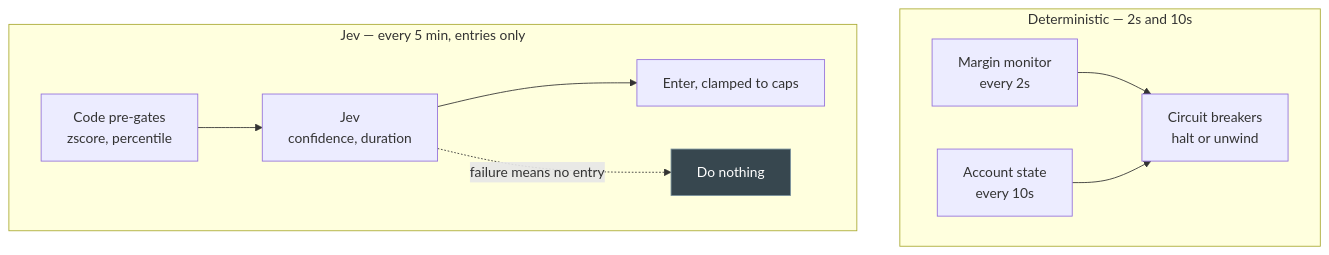
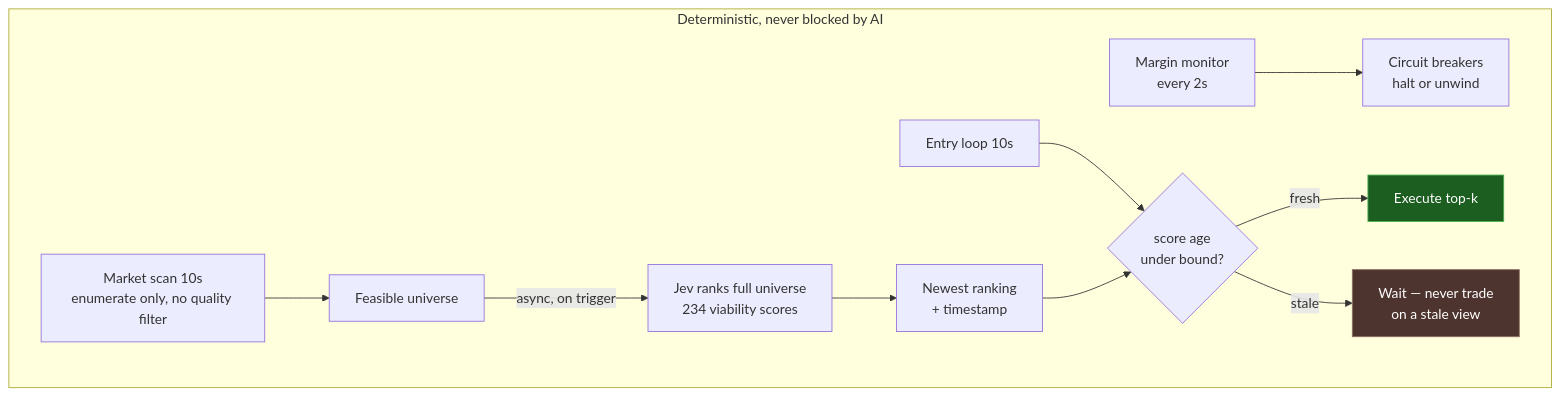
The third of 4 diagrams in conductor/tracks/active/003-funding-harvesting/spec.md (fsiddiqi/defi-jev), drawn with Mermaid before and after one commit. The commit also changed other lines of this file and 2 other files, not shown here.

````diff
--- a/conductor/tracks/active/003-funding-harvesting/spec.md
+++ b/conductor/tracks/active/003-funding-harvesting/spec.md
@@ -68,14 +80,16 @@
 ```mermaid
 flowchart TD
-  subgraph det["Deterministic — 2s and 10s"]
+  subgraph det["Deterministic, never blocked by AI"]
     M["Margin monitor<br/>every 2s"] --> B["Circuit breakers<br/>halt or unwind"]
-    A["Account state<br/>every 10s"] --> B
-  end
-  subgraph jev["Jev — every 5 min, entries only"]
-    G["Code pre-gates<br/>zscore, percentile"] --> J["Jev<br/>confidence, duration"]
-    J --> C["Enter, clamped to caps"]
-    J -.->|"failure means no entry"| N["Do nothing"]:::neutral
+    S["Market scan 10s<br/>enumerate only, no quality filter"] --> U["Feasible universe"]
+    U -->|"async, on trigger"| J["Jev ranks full universe<br/>234 viability scores"]
+    J --> R["Newest ranking<br/>+ timestamp"]
+    E["Entry loop 10s"] --> D{"score age<br/>under bound?"}
+    R --> D
+    D -->|"fresh"| X["Execute top-k"]:::win
+    D -->|"stale"| N["Wait — never trade<br/>on a stale view"]:::hold
   end
 
-  classDef neutral fill:#37474f,stroke:#78909c,color:#fff
+  classDef win fill:#1b5e20,stroke:#4caf50,color:#fff
+  classDef hold fill:#4e342e,stroke:#8d6e63,color:#fff
 ```
````
